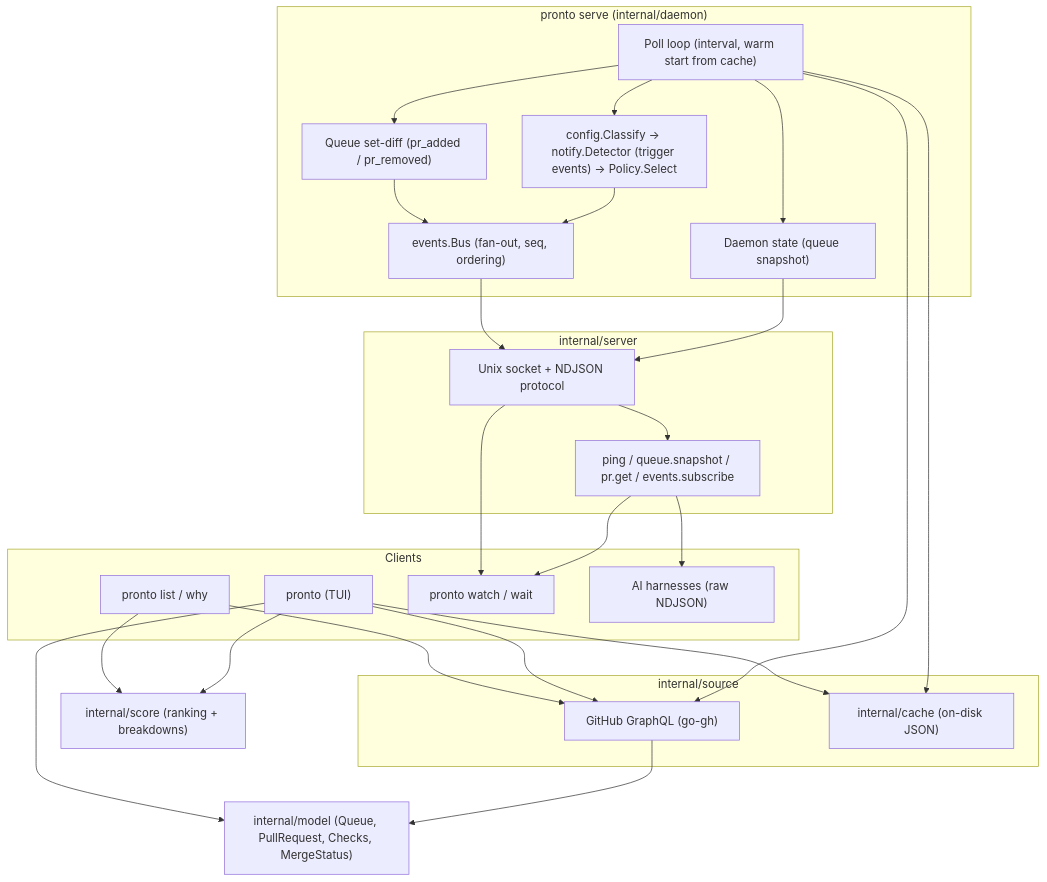
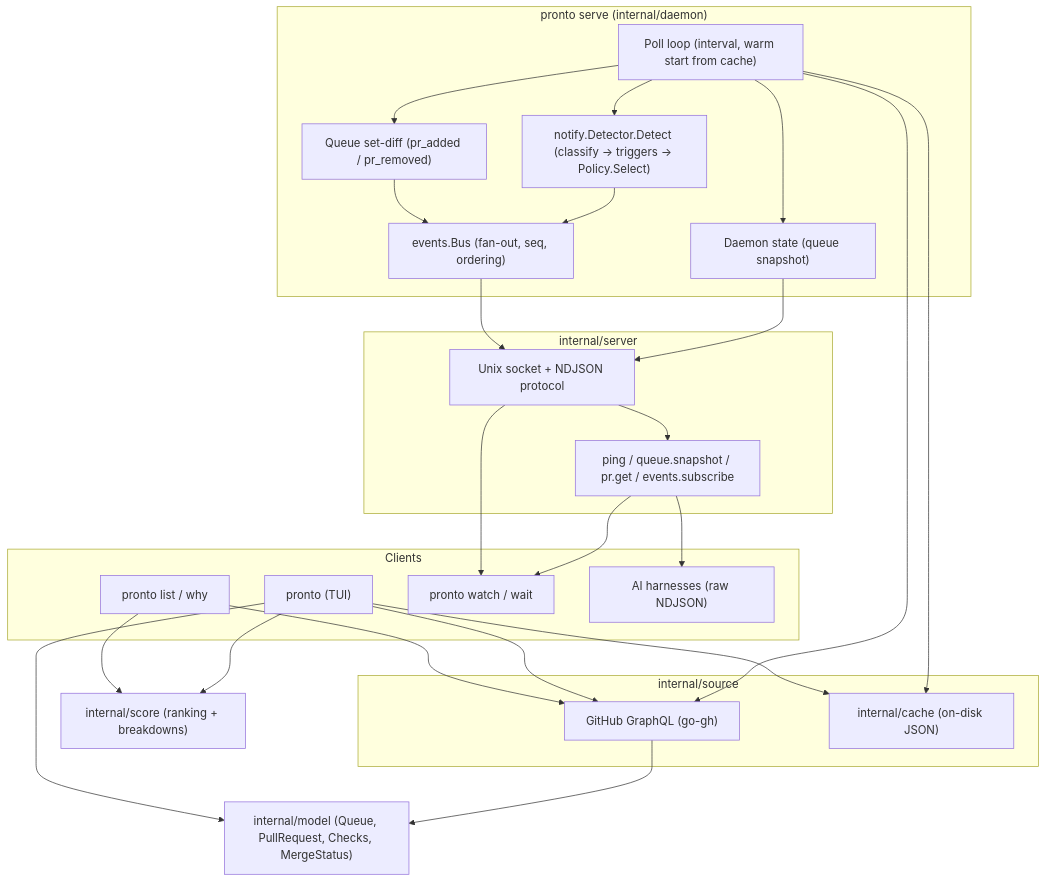
Before and after one commit to kalverra/pronto: the first of 2 diagrams in docs/architecture.md, drawn with Mermaid. The commit also changed other lines of this file and 1 other file, not shown here.

First line of the commit message:
docs: update architecture and add glossary for post-refactor design

````diff
--- a/docs/architecture.md
+++ b/docs/architecture.md
@@ -97,52 +104,52 @@
 ```mermaid
 flowchart TB
     subgraph clients["Clients"]
         tui["pronto (TUI)"]
         cli["pronto list / why"]
         wrappers["pronto watch / wait"]
         agents["AI harnesses (raw NDJSON)"]
     end
 
     subgraph daemonpkg["pronto serve (internal/daemon)"]
         loop["Poll loop (interval, warm start from cache)"]
-        detector["config.Classify → notify.Detector (trigger events) → Policy.Select"]
+        detector["notify.Detector.Detect (classify → triggers → Policy.Select)"]
         diff["Queue set-diff (pr_added / pr_removed)"]
         bus["events.Bus (fan-out, seq, ordering)"]
         state["Daemon state (queue snapshot)"]
     end
 
     subgraph serverpkg["internal/server"]
         socket["Unix socket + NDJSON protocol"]
         methods["ping / queue.snapshot / pr.get / events.subscribe"]
     end
 
     subgraph sourcepkg["internal/source"]
         graphql["GitHub GraphQL (go-gh)"]
         cache["internal/cache (on-disk JSON)"]
     end
 
     model["internal/model (Queue, PullRequest, Checks, MergeStatus)"]
     score["internal/score (ranking + breakdowns)"]
 
     loop --> graphql
     loop --> cache
     graphql --> model
     loop --> detector
     loop --> diff
     detector --> bus
     diff --> bus
     loop --> state
     state --> socket
     bus --> socket
     socket --> methods
     methods --> wrappers
     methods --> agents
     socket --> wrappers
 
     tui --> graphql
     tui --> model
     tui --> score
     tui --> cache
     cli --> graphql
     cli --> score
 ```
````
